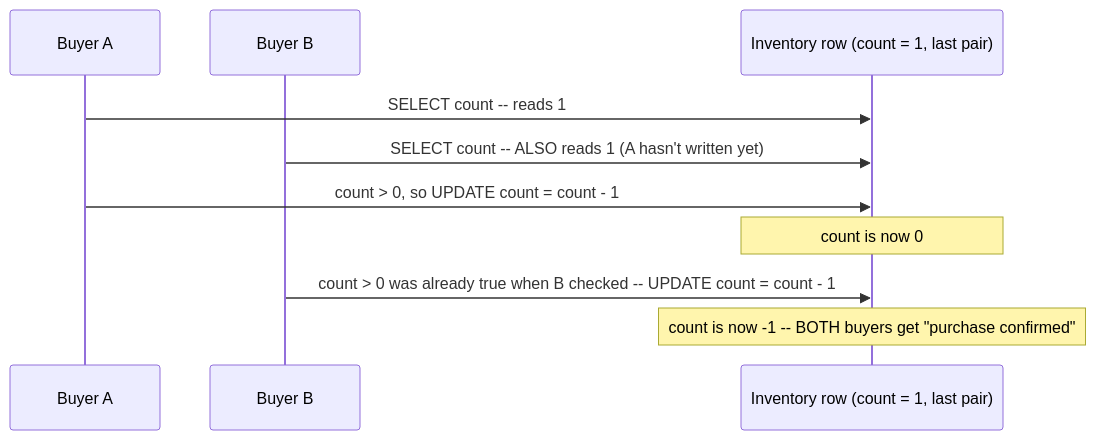
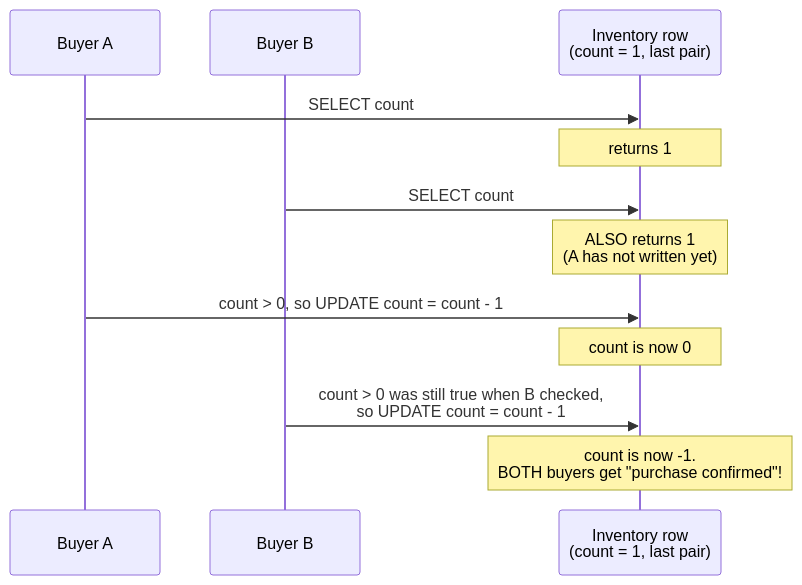
Before and after one commit to riyaz-pasha/Learnings: the first of 13 diagrams in system-design/HLD/0-course/60-Design-a-Flash-Sale-System-FAANG-Guide-story.md, drawn with Mermaid. The commit also changed other lines of this file and 2 other files, not shown here.

Commit message:
[REWRITE] Flash Sale System story guide: simplify prose, add structure, fix diagrams

````diff
--- a/system-design/HLD/0-course/60-Design-a-Flash-Sale-System-FAANG-Guide-story.md
+++ b/system-design/HLD/0-course/60-Design-a-Flash-Sale-System-FAANG-Guide-story.md
@@ -17,13 +75,15 @@
 ```mermaid
 sequenceDiagram
     participant A as Buyer A
     participant B as Buyer B
-    participant DB as Inventory row (count = 1, last pair)
+    participant DB as Inventory row<br/>(count = 1, last pair)
 
-    A->>DB: SELECT count -- reads 1
-    B->>DB: SELECT count -- ALSO reads 1 (A hasn't written yet)
+    A->>DB: SELECT count
+    Note over DB: returns 1
+    B->>DB: SELECT count
+    Note over DB: ALSO returns 1<br/>(A has not written yet)
     A->>DB: count > 0, so UPDATE count = count - 1
     Note over DB: count is now 0
-    B->>DB: count > 0 was already true when B checked -- UPDATE count = count - 1
-    Note over DB: count is now -1 -- BOTH buyers get "purchase confirmed"
+    B->>DB: count > 0 was still true when B checked,<br/>so UPDATE count = count - 1
+    Note over DB: count is now -1.<br/>BOTH buyers get "purchase confirmed"!
 ```
````
